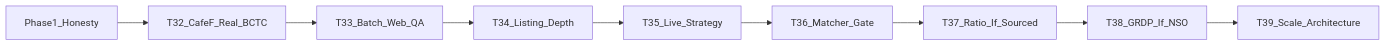
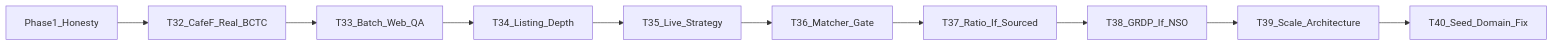
One commit to thanhhale288/data-economy changed the diagram in .scratch/epic3-phase2-plan.md. Above: the diagram before and after it, drawn with Mermaid. The commit also changed other lines of this file and 10 other files, not shown here.

````diff
--- a/.scratch/epic3-phase2-plan.md
+++ b/.scratch/epic3-phase2-plan.md
@@ -9,13 +9,14 @@
 ```mermaid
 flowchart LR
   P1[Phase1_Honesty]
   T32[T32_CafeF_Real_BCTC]
   T33[T33_Batch_Web_QA]
   T34[T34_Listing_Depth]
   T35[T35_Live_Strategy]
   T36[T36_Matcher_Gate]
   T37[T37_Ratio_If_Sourced]
   T38[T38_GRDP_If_NSO]
   T39[T39_Scale_Architecture]
-  P1 --> T32 --> T33 --> T34 --> T35 --> T36 --> T37 --> T38 --> T39
+  T40[T40_Seed_Domain_Fix]
+  P1 --> T32 --> T33 --> T34 --> T35 --> T36 --> T37 --> T38 --> T39 --> T40
 ```
````
